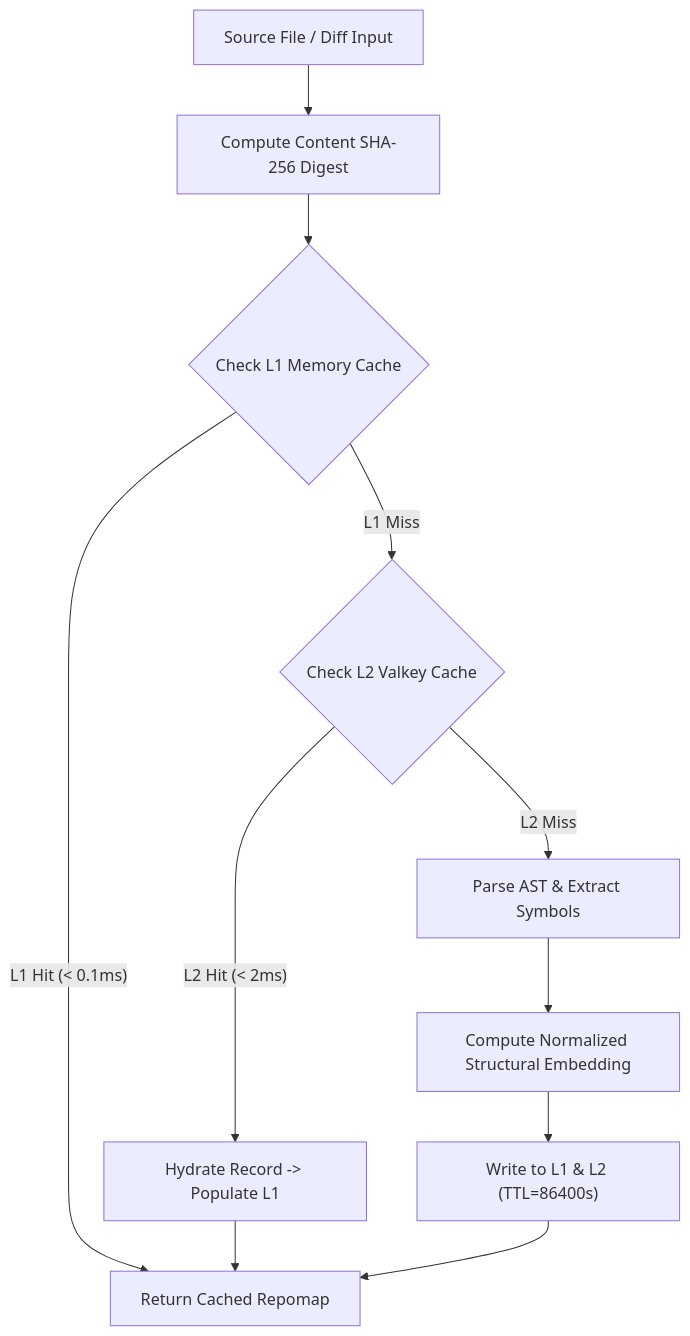
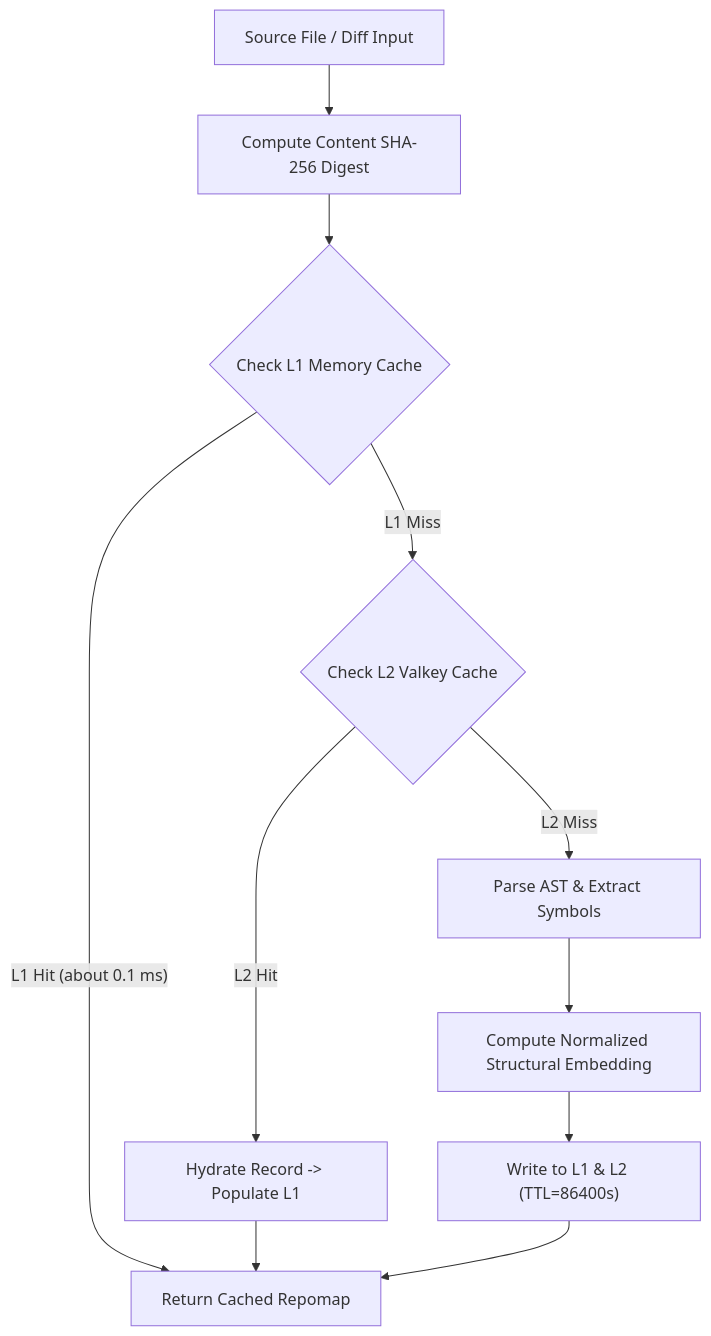
One commit to dan-petty/vibes changed the diagram in examples/valkey-l2-repomap-cache/README.md. Above: the diagram before and after it, drawn with Mermaid. The commit also changed other lines of this file and 248 other files, not shown here.

````diff
--- a/examples/valkey-l2-repomap-cache/README.md
+++ b/examples/valkey-l2-repomap-cache/README.md
@@ -17,11 +17,11 @@
 ```mermaid
 flowchart TD
     Req["Source File / Diff Input"] --> HASH["Compute Content SHA-256 Digest"]
     HASH --> L1{"Check L1 Memory Cache"}
-    L1 -->|"L1 Hit (< 0.1ms)"| Ret["Return Cached Repomap"]
+    L1 -->|"L1 Hit (about 0.1 ms)"| Ret["Return Cached Repomap"]
     L1 -->|L1 Miss| L2{"Check L2 Valkey Cache"}
-    L2 -->|"L2 Hit (< 2ms)"| Hydrate["Hydrate Record -> Populate L1"] --> Ret
+    L2 -->|"L2 Hit"| Hydrate["Hydrate Record -> Populate L1"] --> Ret
     L2 -->|L2 Miss| Parse["Parse AST & Extract Symbols"]
     Parse --> Vector["Compute Normalized Structural Embedding"]
     Vector --> Store["Write to L1 & L2 (TTL=86400s)"] --> Ret
 ```
````
